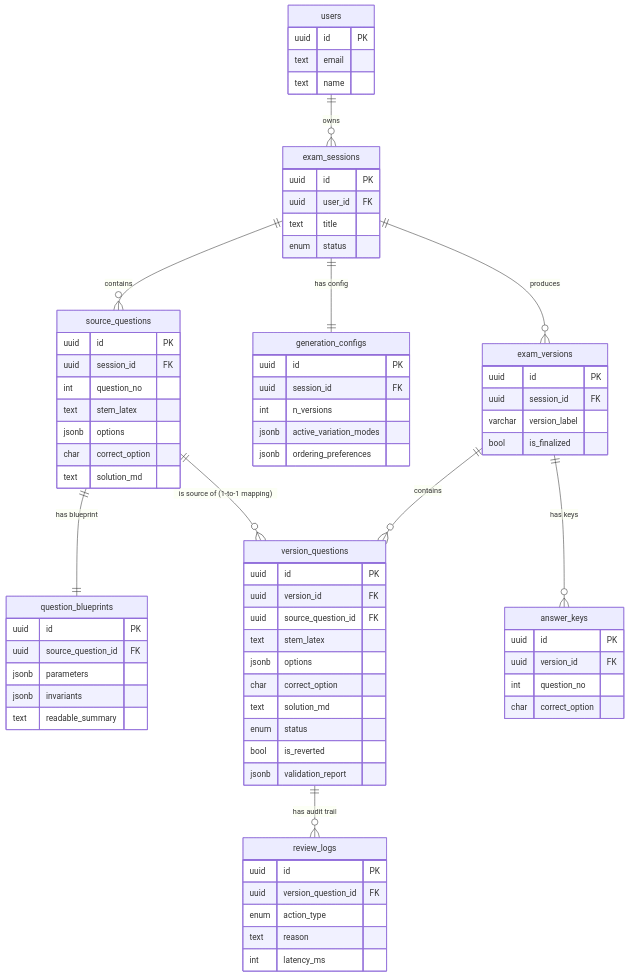
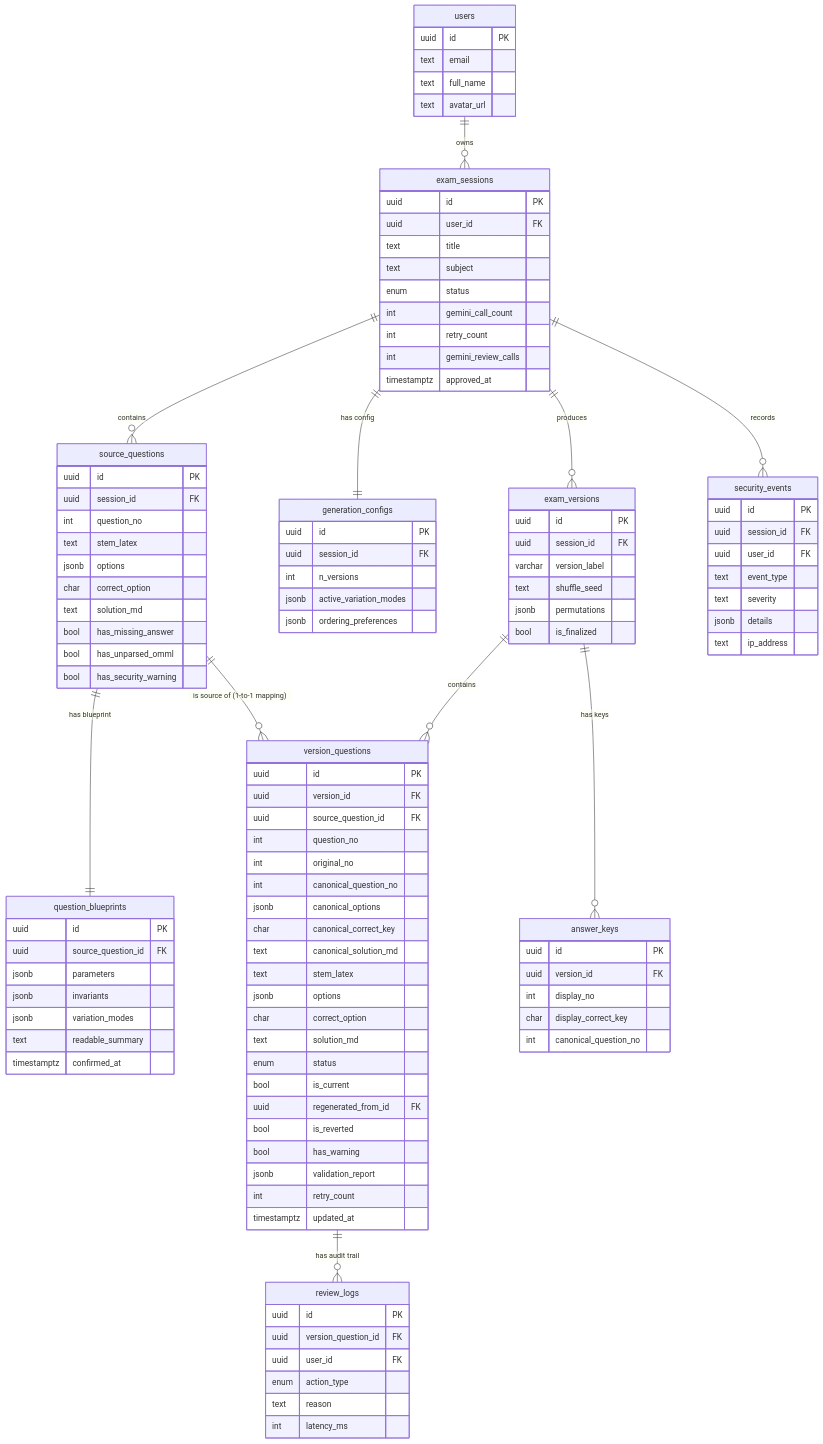
The second of 3 diagrams in docs/architecture.md (Computational-Thinking-Project/isomorphic-exam-synthesizer), drawn with Mermaid before and after one commit. The commit also changed other lines of this file, not shown here.

Commit message:
docs(architecture): synchronize 10-table DDL, session-nested routes, and sequence diagram

````diff
--- a/docs/architecture.md
+++ b/docs/architecture.md
@@ -236,6 +237,7 @@
     exam_sessions ||--o{ source_questions : "contains"
     exam_sessions ||--|| generation_configs : "has config"
     exam_sessions ||--o{ exam_versions : "produces"
+    exam_sessions ||--o{ security_events : "records"
 
     source_questions ||--|| question_blueprints : "has blueprint"
     source_questions ||--o{ version_questions : "is source of (1-to-1 mapping)"
@@ -248,13 +250,19 @@
     users {
         uuid id PK
         text email
-        text name
+        text full_name
+        text avatar_url
     }
     exam_sessions {
         uuid id PK
         uuid user_id FK
         text title
+        text subject
         enum status
+        int gemini_call_count
+        int retry_count
+        int gemini_review_calls
+        timestamptz approved_at
     }
     source_questions {
         uuid id PK
@@ -264,13 +272,18 @@
         jsonb options
         char correct_option
         text solution_md
+        bool has_missing_answer
+        bool has_unparsed_omml
+        bool has_security_warning
     }
     question_blueprints {
         uuid id PK
         uuid source_question_id FK
         jsonb parameters
         jsonb invariants
+        jsonb variation_modes
         text readable_summary
+        timestamptz confirmed_at
     }
     generation_configs {
         uuid id PK
@@ -283,31 +296,55 @@
         uuid id PK
         uuid session_id FK
         varchar version_label
+        text shuffle_seed
+        jsonb permutations
         bool is_finalized
     }
     version_questions {
         uuid id PK
         uuid version_id FK
         uuid source_question_id FK
+        int question_no
+        int original_no
+        int canonical_question_no
+        jsonb canonical_options
+        char canonical_correct_key
+        text canonical_solution_md
         text stem_latex
         jsonb options
         char correct_option
         text solution_md
         enum status
+        bool is_current
+        uuid regenerated_from_id FK
         bool is_reverted
+        bool has_warning
         jsonb validation_report
+        int retry_count
+        timestamptz updated_at
     }
     answer_keys {
         uuid id PK
         uuid version_id FK
-        int question_no
-        char correct_option
+        int display_no
+        char display_correct_key
+        int canonical_question_no
     }
     review_logs {
         uuid id PK
         uuid version_question_id FK
+        uuid user_id FK
         enum action_type
         text reason
         int latency_ms
     }
+    security_events {
+        uuid id PK
+        uuid session_id FK
+        uuid user_id FK
+        text event_type
+        text severity
+        jsonb details
+        text ip_address
+    }
 ```
````
